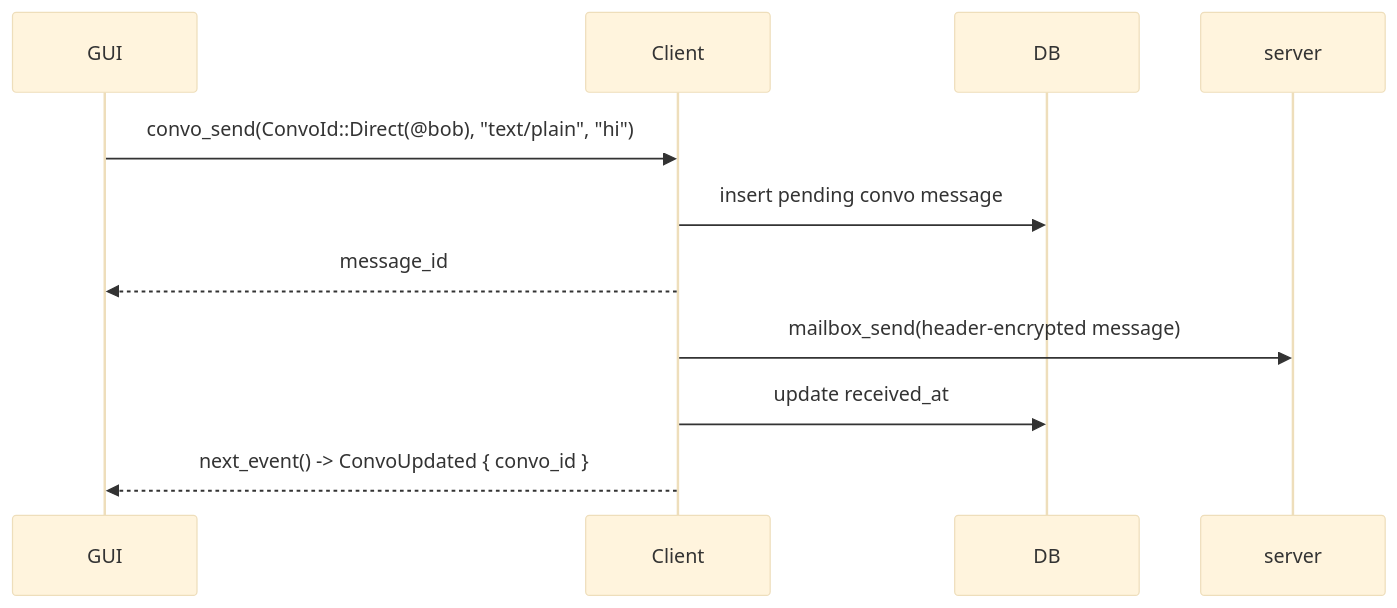
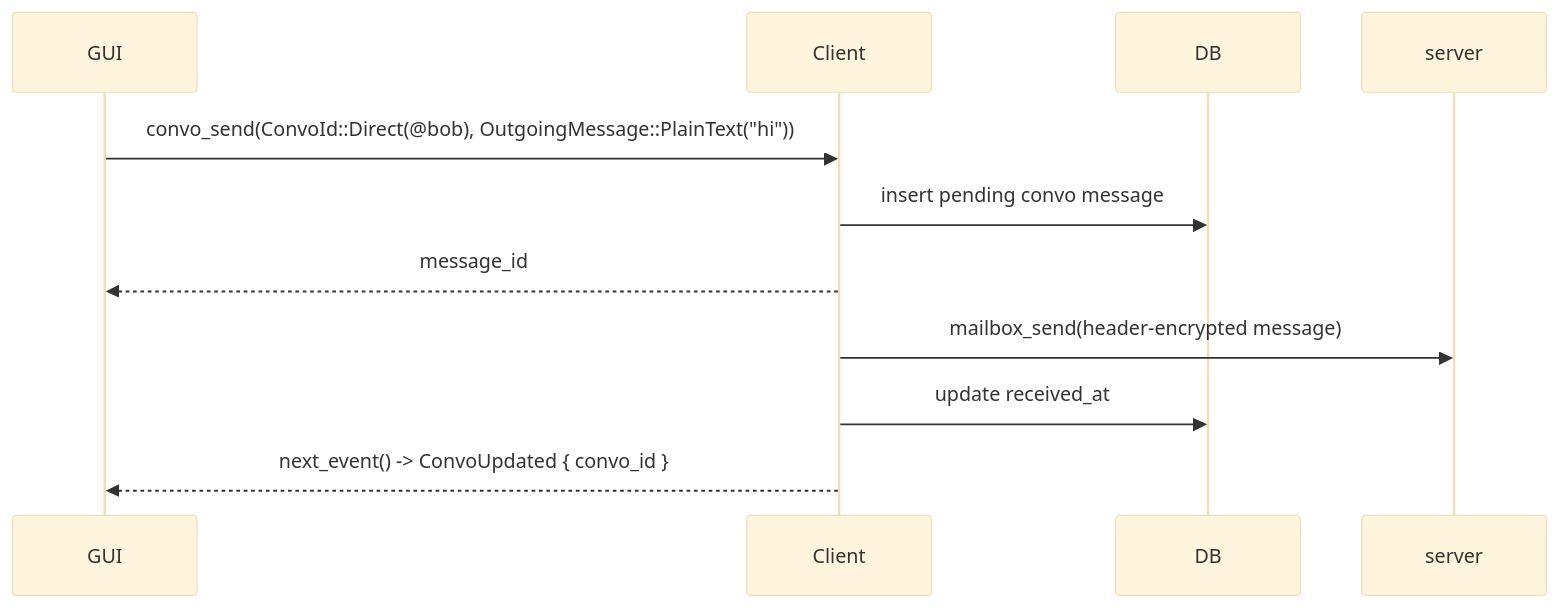
One commit to mel-project/xirtam-core changed the third of 3 diagrams in libraries/nullspace-client/README.md. Above: the diagram before and after it, drawn with Mermaid (base theme). The commit also changed other lines of this file and 10 other files, not shown here.

````diff
--- a/libraries/nullspace-client/README.md
+++ b/libraries/nullspace-client/README.md
@@ -115,14 +115,14 @@
 ```mermaid
 sequenceDiagram
   participant GUI
   participant Client
   participant DB
   participant GW as server
 
-  GUI->>Client: convo_send(ConvoId::Direct(@bob), "text/plain", "hi")
+  GUI->>Client: convo_send(ConvoId::Direct(@bob), OutgoingMessage::PlainText("hi"))
   Client->>DB: insert pending convo message
   Client-->>GUI: message_id
   Client->>GW: mailbox_send(header-encrypted message)
   Client->>DB: update received_at
   Client-->>GUI: next_event() -> ConvoUpdated { convo_id }
 ```
````
